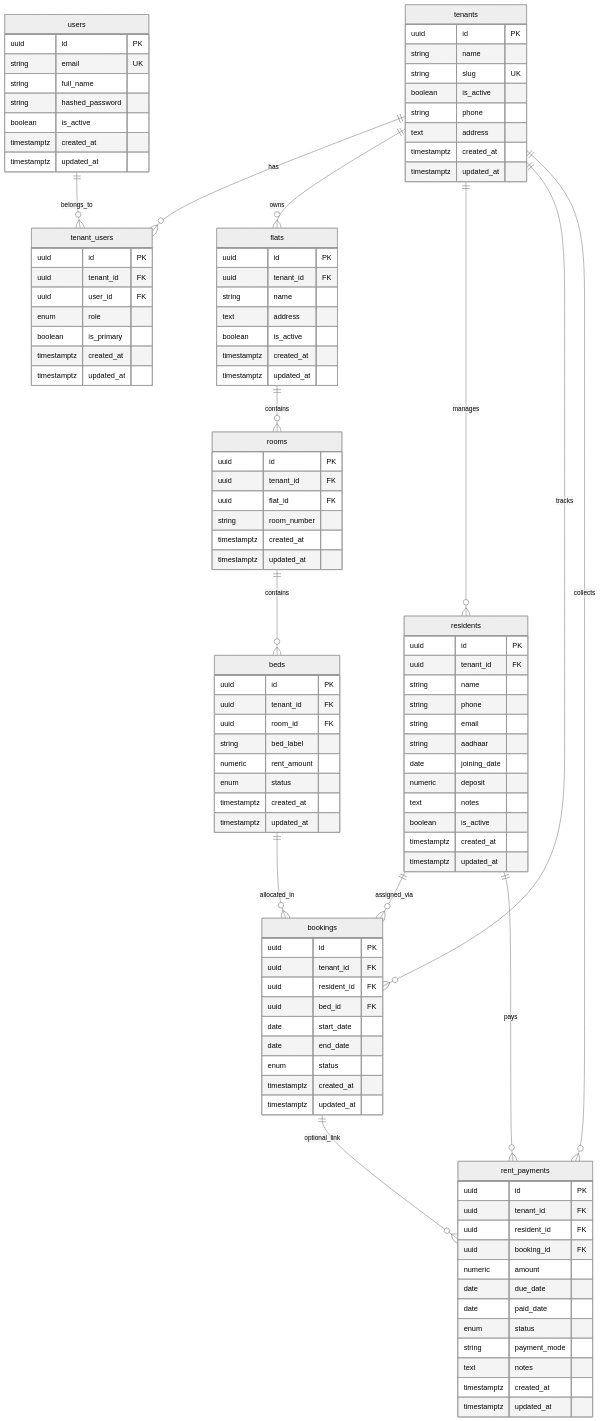
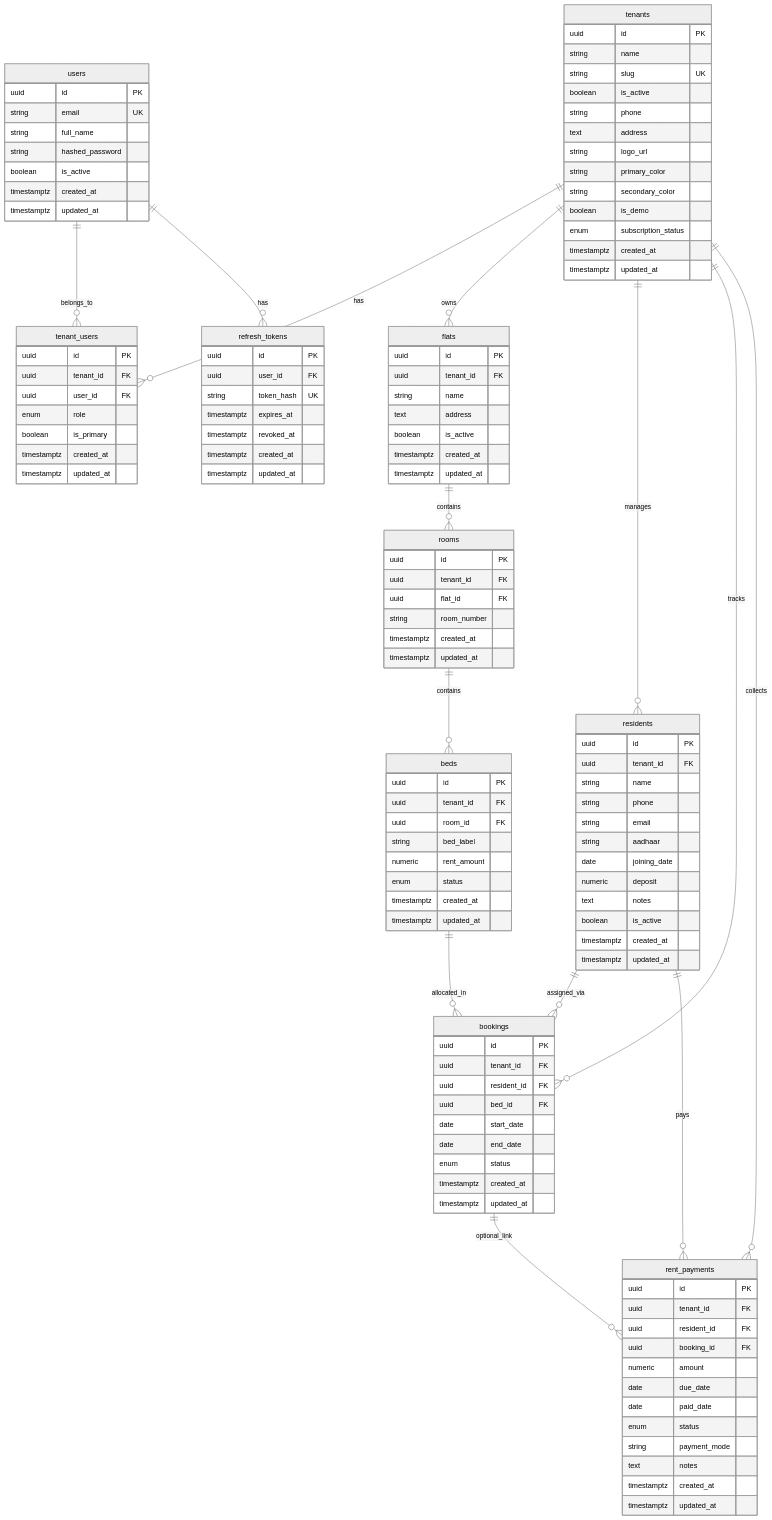
The diagram in backend/docs/DATABASE_ERD.md (guptapiyush592k/PG-Management), drawn with Mermaid (neutral theme) before and after one commit. The commit also changed other lines of this file and 28 other files, not shown here.

```diff
--- a/backend/docs/DATABASE_ERD.md
+++ b/backend/docs/DATABASE_ERD.md
@@ -12,6 +12,7 @@
 erDiagram
     tenants ||--o{ tenant_users : has
     users ||--o{ tenant_users : belongs_to
+    users ||--o{ refresh_tokens : has
     tenants ||--o{ flats : owns
     tenants ||--o{ residents : manages
     tenants ||--o{ bookings : tracks
@@ -32,6 +33,11 @@
         boolean is_active
         string phone
         text address
+        string logo_url
+        string primary_color
+        string secondary_color
+        boolean is_demo
+        enum subscription_status
         timestamptz created_at
         timestamptz updated_at
     }
@@ -52,6 +58,16 @@
         uuid user_id FK
         enum role
         boolean is_primary
+        timestamptz created_at
+        timestamptz updated_at
+    }
+
+    refresh_tokens {
+        uuid id PK
+        uuid user_id FK
+        string token_hash UK
+        timestamptz expires_at
+        timestamptz revoked_at
         timestamptz created_at
         timestamptz updated_at
     }
```
